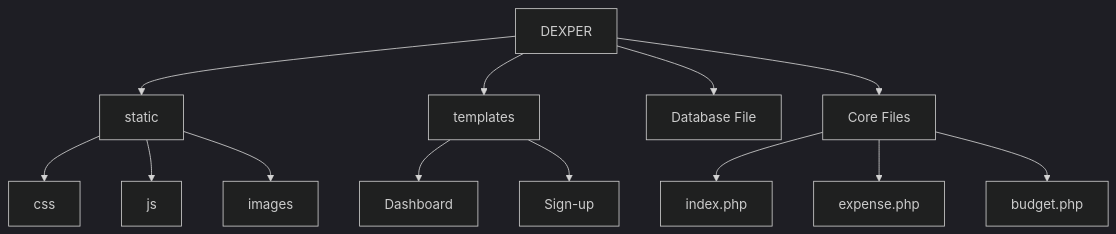
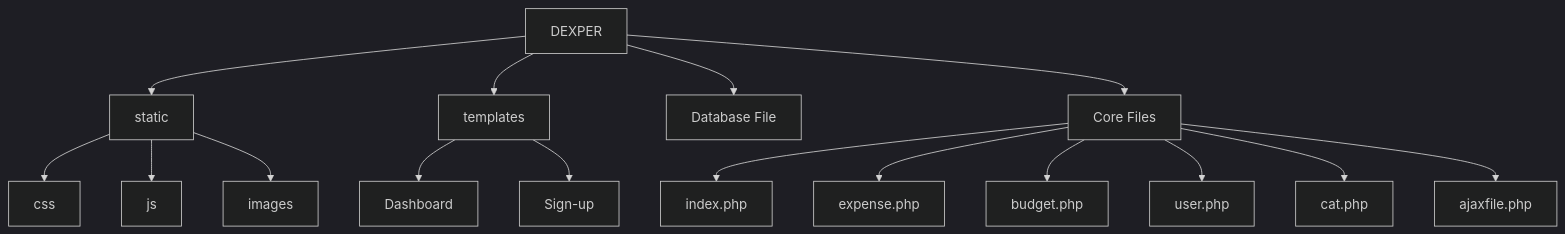
The sixth of 8 diagrams in README.md (RajaMahanty/dexper), drawn with Mermaid (dark theme) before and after one commit. The commit also changed other lines of this file, not shown here.

````diff
--- a/README.md
+++ b/README.md
@@ -173,15 +172,18 @@
 ```mermaid
 graph TD
     A[DEXPER] --> B[static]
     A --> C[templates]
     A --> D[Database File]
     A --> E[Core Files]
     B --> B1[css]
     B --> B2[js]
     B --> B3[images]
     C --> C1[Dashboard]
     C --> C2[Sign-up]
     E --> E1[index.php]
     E --> E2[expense.php]
     E --> E3[budget.php]
+    E --> E4[user.php]
+    E --> E5[cat.php]
+    E --> E6[ajaxfile.php]
 ```
````
